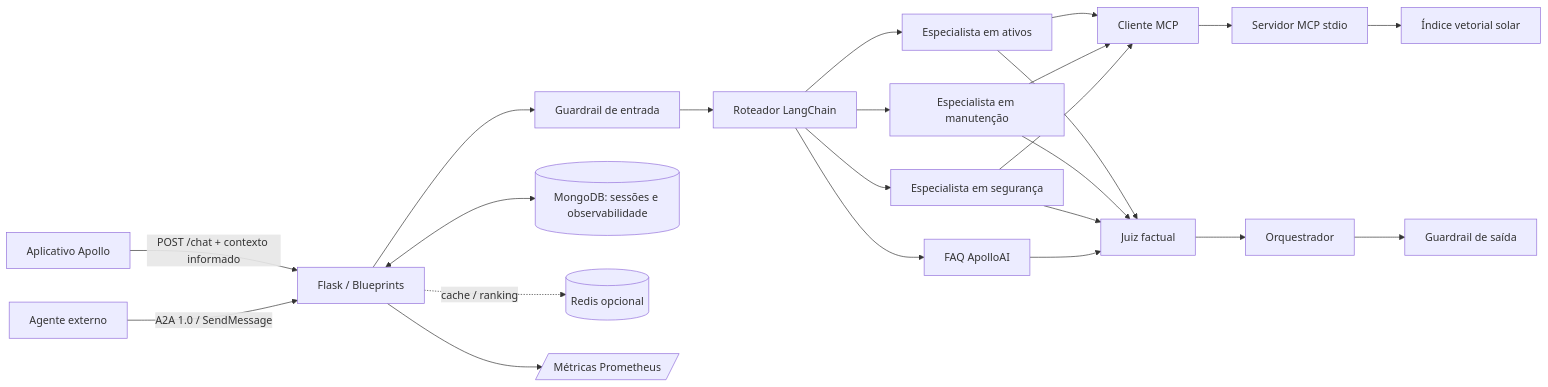
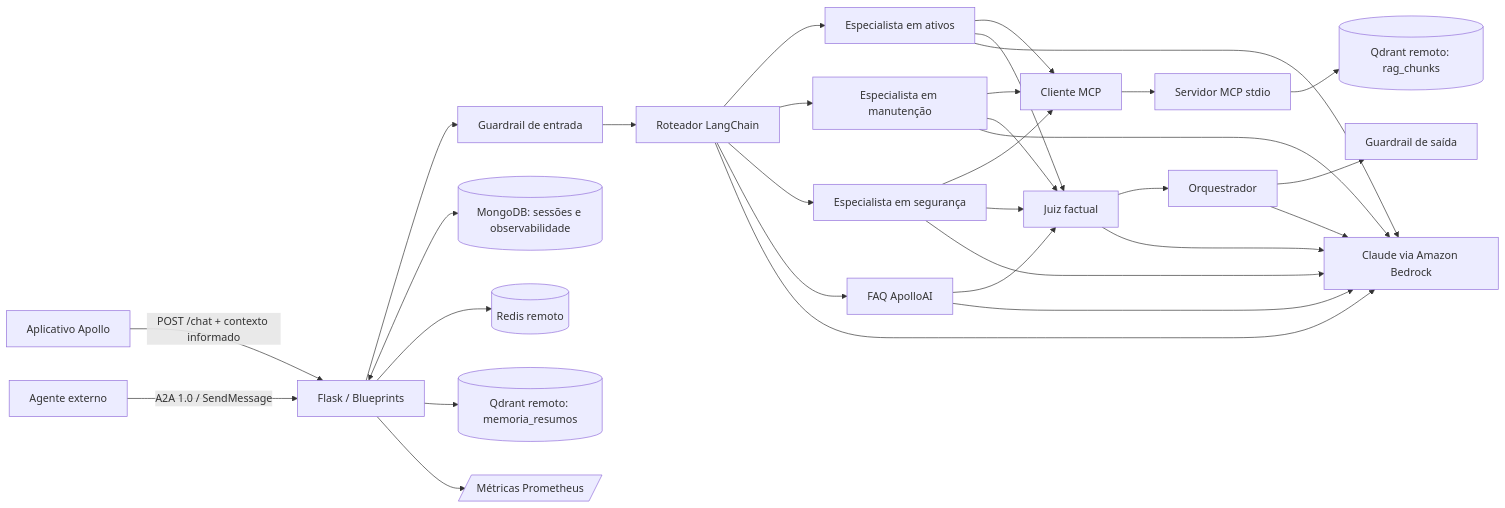
Before and after one commit to ApolloOficial/Chatbot-ApolloAI: the diagram in docs/ARCHITECTURE.md, drawn with Mermaid. The commit also changed 75 other files, not shown here.

````diff
--- a/docs/ARCHITECTURE.md
+++ b/docs/ARCHITECTURE.md
@@ -3,20 +3,22 @@
 ```mermaid
 flowchart LR
     Mobile[Aplicativo Apollo] -->|POST /chat + contexto informado| Flask[Flask / Blueprints]
     External[Agente externo] -->|A2A 1.0 / SendMessage| Flask
     Flask --> GE[Guardrail de entrada]
     GE --> R[Roteador LangChain]
     R --> A[Especialista em ativos]
     R --> M[Especialista em manutenção]
     R --> S[Especialista em segurança]
     R --> F[FAQ ApolloAI]
     A & M & S --> MC[Cliente MCP]
     MC --> MS[Servidor MCP stdio]
-    MS --> RAG[Índice vetorial solar]
+    MS --> RAG[(Qdrant remoto: rag_chunks)]
     A & M & S & F --> J[Juiz factual]
     J --> O[Orquestrador]
     O --> GS[Guardrail de saída]
     Flask <--> Mongo[(MongoDB: sessões e observabilidade)]
-    Flask -. cache / ranking .-> Redis[(Redis opcional)]
+    Flask --> Redis[(Redis remoto)]
+    Flask --> QM[(Qdrant remoto: memoria_resumos)]
+    R & A & M & S & F & J & O --> Bedrock[Claude via Amazon Bedrock]
     Flask --> Prom[/Métricas Prometheus/]
 ```
````
